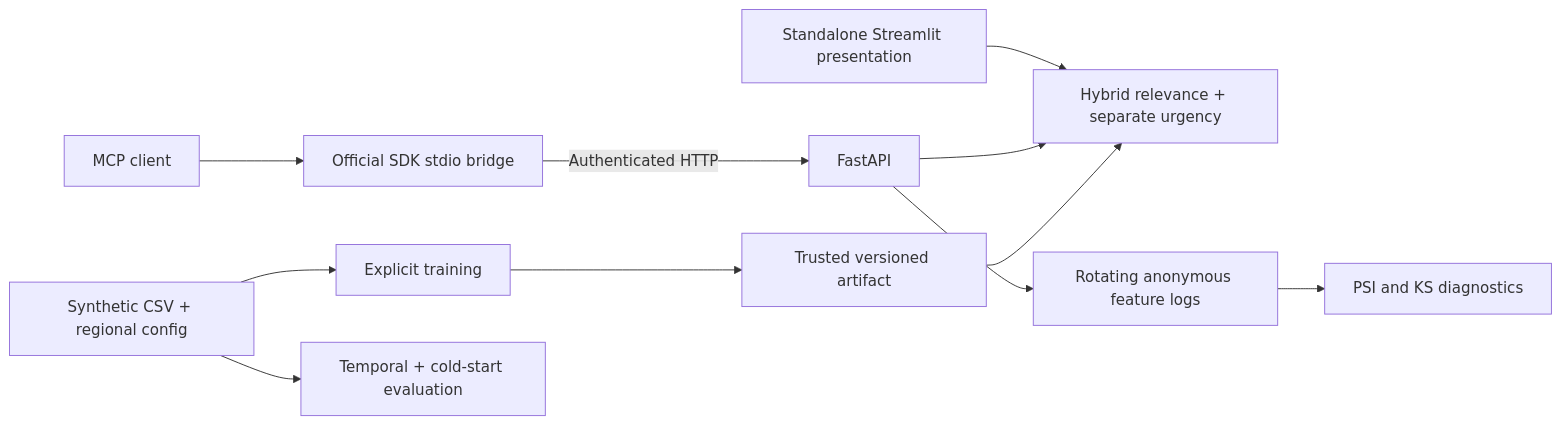
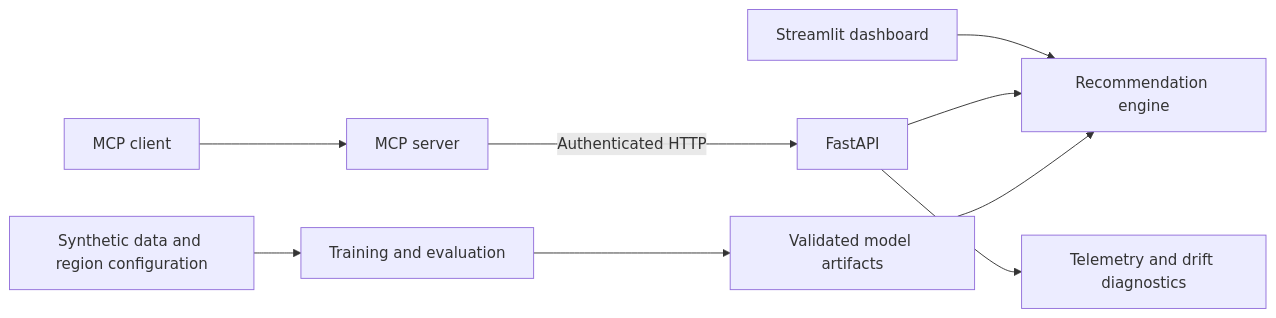
Before and after one commit to NadaBastawi/HybridRecMCP: the diagram in README.md, drawn with Mermaid. The commit also changed other lines of this file, not shown here.

````diff
--- a/README.md
+++ b/README.md
@@ -27,13 +22,11 @@
 ```mermaid
 flowchart LR
-    Demo[Standalone Streamlit presentation] --> Engine[Hybrid relevance + separate urgency]
-    Agent[MCP client] --> MCP[Official SDK stdio bridge]
+    UI[Streamlit dashboard] --> Engine[Recommendation engine]
+    Client[MCP client] --> MCP[MCP server]
     MCP -->|Authenticated HTTP| API[FastAPI]
     API --> Engine
-    Train[Explicit training] --> Artifact[Trusted versioned artifact]
-    Artifact --> Engine
-    API --> Logs[Rotating anonymous feature logs]
-    Logs --> Drift[PSI and KS diagnostics]
-    CSV[Synthetic CSV + regional config] --> Train
-    CSV --> Eval[Temporal + cold-start evaluation]
+    Data[Synthetic data and region configuration] --> Training[Training and evaluation]
+    Training --> Models[Validated model artifacts]
+    Models --> Engine
+    API --> Monitoring[Telemetry and drift diagnostics]
 ```
````
